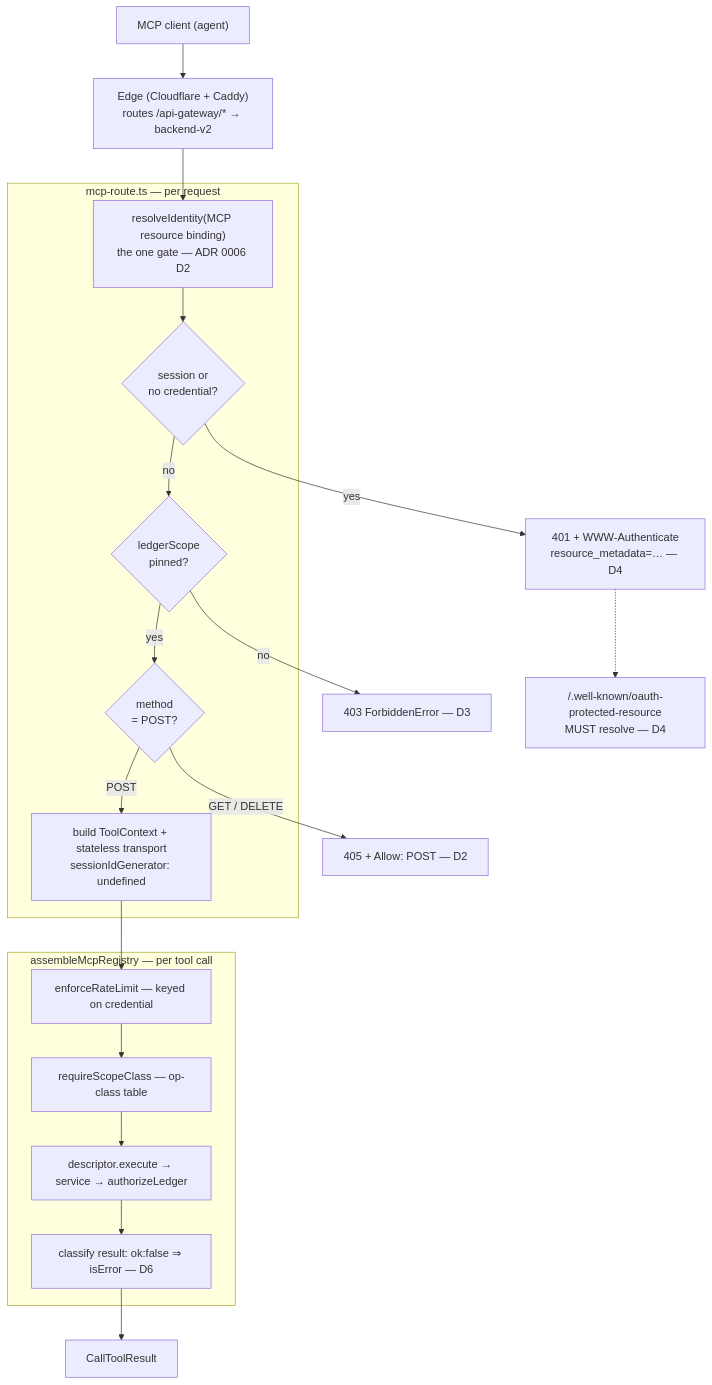
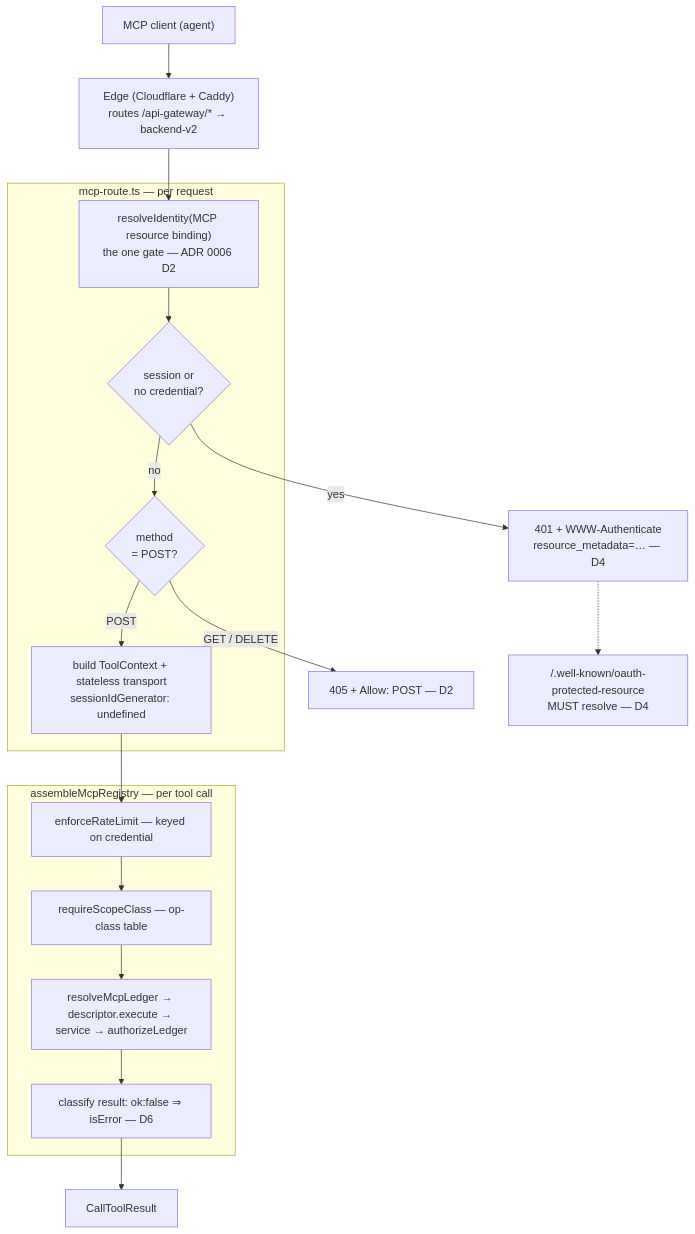
One commit to bex-co/beancount-io changed the first of 2 diagrams in docs/adrs/ADR007-backend-v2-mcp-surface.md. Above: the diagram before and after it, drawn with Mermaid. The commit also changed other lines of this file and 17 other files, not shown here.

````diff
--- a/docs/adrs/ADR007-backend-v2-mcp-surface.md
+++ b/docs/adrs/ADR007-backend-v2-mcp-surface.md
@@ -194,30 +212,27 @@
 ```mermaid
 flowchart TB
   client["MCP client (agent)"]
   edge["Edge (Cloudflare + Caddy)<br/>routes /api-gateway/* → backend-v2"]
 
   subgraph route["mcp-route.ts — per request"]
     id["resolveIdentity(MCP resource binding)<br/>the one gate — ADR 0006 D2"]
     sess{"session or<br/>no credential?"}
-    pin{"ledgerScope<br/>pinned?"}
     meth{"method<br/>= POST?"}
     build["build ToolContext + stateless transport<br/>sessionIdGenerator: undefined"]
   end
 
   subgraph reg["assembleMcpRegistry — per tool call"]
     rl["enforceRateLimit — keyed on credential"]
     scope["requireScopeClass — op-class table"]
-    exec["descriptor.execute → service → authorizeLedger"]
+    exec["resolveMcpLedger → descriptor.execute → service → authorizeLedger"]
     wrap["classify result: ok:false ⇒ isError — D6"]
   end
 
   client --> edge --> id --> sess
   sess -- yes --> u401["401 + WWW-Authenticate<br/>resource_metadata=… — D4"]
-  sess -- no --> pin
-  pin -- no --> f403["403 ForbiddenError — D3"]
-  pin -- yes --> meth
+  sess -- no --> meth
   meth -- "GET / DELETE" --> m405["405 + Allow: POST — D2"]
   meth -- POST --> build --> rl --> scope --> exec --> wrap --> ok["CallToolResult"]
 
   u401 -.-> disc["/.well-known/oauth-protected-resource<br/>MUST resolve — D4"]
 ```
````
